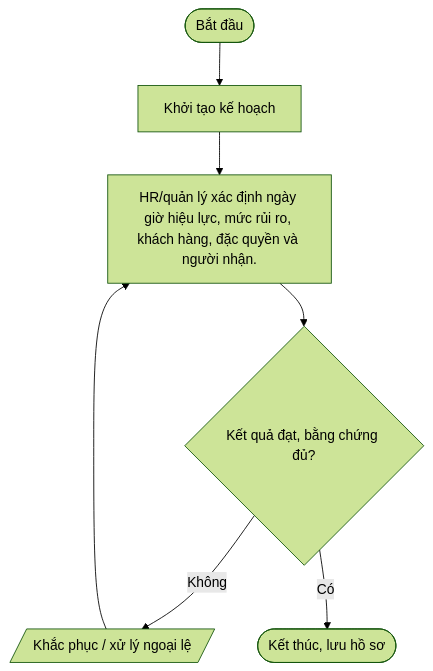
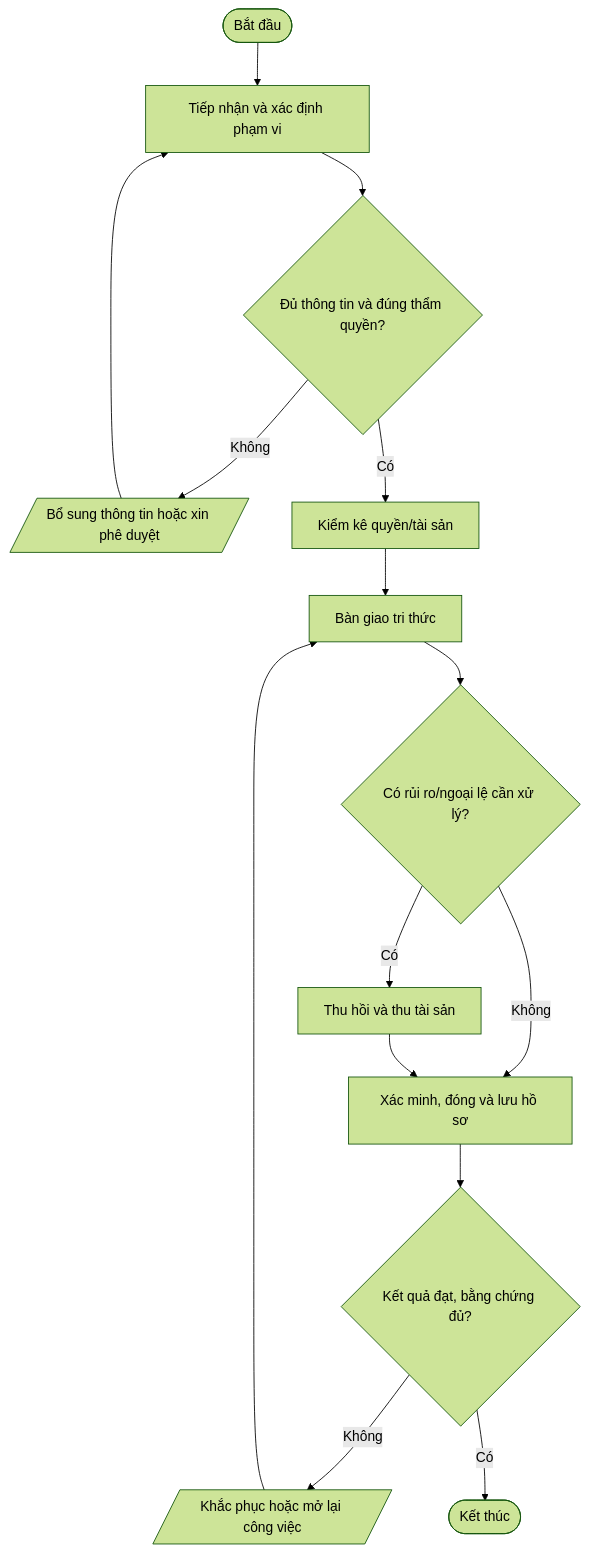
Before and after one commit to daoaigiangnam/Quy_Trinh_Chuan: the third of 5 diagrams in quy-trinh/05-Nhan-su/README.md, drawn with Mermaid (forest theme). The commit also changed other lines of this file, not shown here.

Commit message:
docs: refine detailed procedure steps and Mermaid flowcharts

````diff
--- a/quy-trinh/05-Nhan-su/README.md
+++ b/quy-trinh/05-Nhan-su/README.md
@@ -188,11 +227,17 @@
 ```mermaid
 flowchart TD
-  A([Bắt đầu]) --> S1
-  S1["Khởi tạo kế hoạch"]
-  S2["HR/quản lý xác định ngày giờ hiệu lực, mức rủi ro, khách hàng, đặc quyền và người nhận."]
-  S1 --> S2
-  S2 --> D2{"Kết quả đạt, bằng chứng đủ?"}
-  D2 -- Không --> REWORK[/"Khắc phục / xử lý ngoại lệ"/]
-  REWORK --> S2
-  D2 -- Có --> Z([Kết thúc, lưu hồ sơ])
+  A([Bắt đầu]) --> S1["Tiếp nhận và xác định phạm vi"]
+  S1 --> D1{"Đủ thông tin và đúng thẩm quyền?"}
+  D1 -- Không --> F1[/"Bổ sung thông tin hoặc xin phê duyệt"/]
+  F1 --> S1
+  D1 -- Có --> S2["Kiểm kê quyền/tài sản"]
+  S2 --> S3["Bàn giao tri thức"]
+  S3 --> D2{"Có rủi ro/ngoại lệ cần xử lý?"}
+  D2 -- Có --> S4["Thu hồi và thu tài sản"]
+  D2 -- Không --> S5["Xác minh, đóng và lưu hồ sơ"]
+  S4 --> S5
+  S5 --> D3{"Kết quả đạt, bằng chứng đủ?"}
+  D3 -- Không --> R[/"Khắc phục hoặc mở lại công việc"/]
+  R --> S3
+  D3 -- Có --> Z([Kết thúc])
 ```
````
